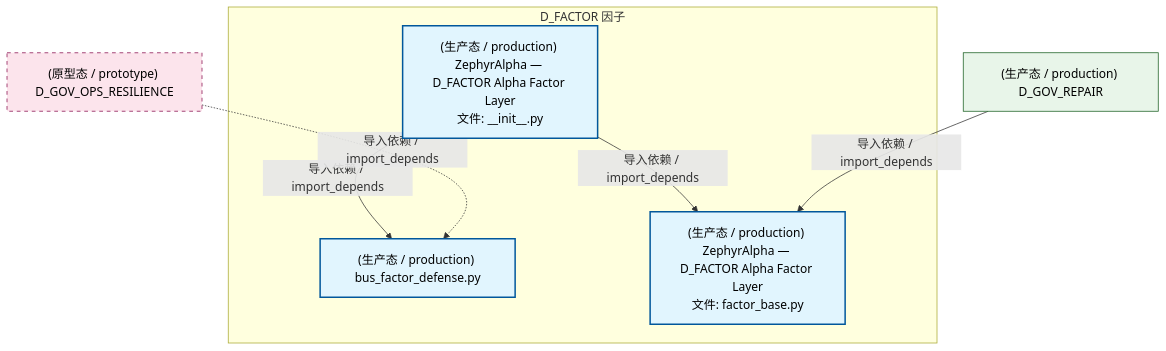
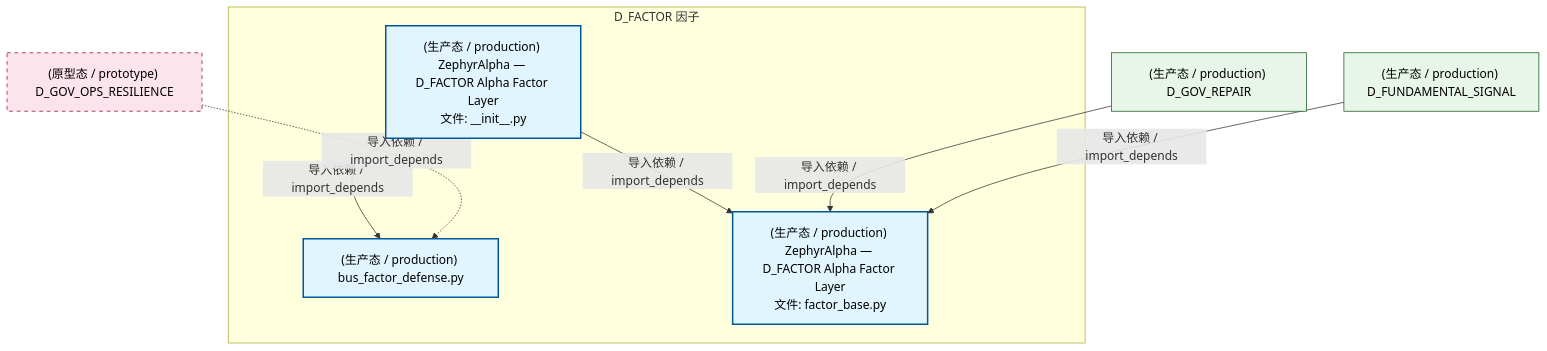
The second of 4 diagrams in docs/02_enterprise_architecture/02_domain_architecture_docs/36_d_factor.md (xuanFelixVan/ZephyrAlpha), drawn with Mermaid before and after one commit. The commit also changed other lines of this file and 126 other files, not shown here.

````diff
--- a/docs/02_enterprise_architecture/02_domain_architecture_docs/36_d_factor.md
+++ b/docs/02_enterprise_architecture/02_domain_architecture_docs/36_d_factor.md
@@ -117,21 +114,23 @@
 ```mermaid
 graph TD
     subgraph D_FACTOR["D_FACTOR 因子"]
         src_zephyr_factor_init_py["(生产态 / production) ZephyrAlpha — D_FACTOR Alpha Factor Layer<br/>文件: __init__.py"]
         src_zephyr_factor_bus_factor_defense_py["(生产态 / production) bus_factor_defense.py"]
         src_zephyr_factor_factor_base_py["(生产态 / production) ZephyrAlpha — D_FACTOR Alpha Factor Layer<br/>文件: factor_base.py"]
     end
     src_zephyr_factor_init_py -->|导入依赖 / import_depends| src_zephyr_factor_bus_factor_defense_py
     src_zephyr_factor_init_py -->|导入依赖 / import_depends| src_zephyr_factor_factor_base_py
+    D_GOV_OPS_RESILIENCE["(原型态 / prototype) D_GOV_OPS_RESILIENCE"]
+    D_GOV_OPS_RESILIENCE -.->|导入依赖 / import_depends| src_zephyr_factor_bus_factor_defense_py
     D_GOV_REPAIR["(生产态 / production) D_GOV_REPAIR"]
     D_GOV_REPAIR -->|导入依赖 / import_depends| src_zephyr_factor_factor_base_py
-    D_GOV_OPS_RESILIENCE["(原型态 / prototype) D_GOV_OPS_RESILIENCE"]
-    D_GOV_OPS_RESILIENCE -.->|导入依赖 / import_depends| src_zephyr_factor_bus_factor_defense_py
+    D_FUNDAMENTAL_SIGNAL["(生产态 / production) D_FUNDAMENTAL_SIGNAL"]
+    D_FUNDAMENTAL_SIGNAL -->|导入依赖 / import_depends| src_zephyr_factor_factor_base_py
     classDef production fill:#e1f5fe,stroke:#01579b,stroke-width:2px,color:#000
     classDef design fill:#fff3e0,stroke:#e65100,stroke-width:2px,color:#000,stroke-dasharray: 5 5
     classDef external_prod fill:#e8f5e9,stroke:#1b5e20,stroke-width:1px,color:#000
     classDef external_design fill:#fce4ec,stroke:#880e4f,stroke-width:1px,color:#000,stroke-dasharray: 5 5
     class src_zephyr_factor_init_py,src_zephyr_factor_bus_factor_defense_py,src_zephyr_factor_factor_base_py production
-    class D_GOV_REPAIR external_prod
+    class D_GOV_REPAIR,D_FUNDAMENTAL_SIGNAL external_prod
     class D_GOV_OPS_RESILIENCE external_design
 ```
````
